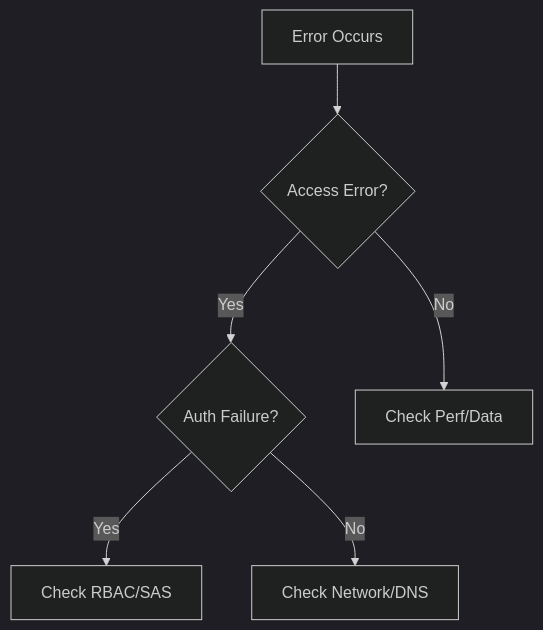
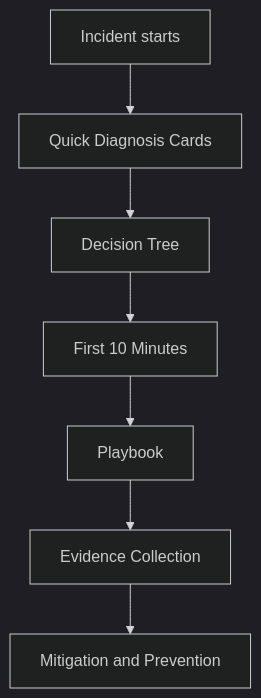
The diagram in docs/troubleshooting/index.md (yeongseon/azure-storage-practical-guide), drawn with Mermaid (dark theme) before and after one commit. The commit also changed other lines of this file and 40 other files, not shown here.

````diff
--- a/docs/troubleshooting/index.md
+++ b/docs/troubleshooting/index.md
@@ -20,8 +5,9 @@
 ```mermaid
-graph TD
-    A[Error Occurs] --> B{Access Error?}
-    B -->|Yes| C{Auth Failure?}
-    B -->|No| D[Check Perf/Data]
-    C -->|Yes| E[Check RBAC/SAS]
-    C -->|No| F[Check Network/DNS]
+flowchart TD
+    A[Incident starts] --> B[Quick Diagnosis Cards]
+    B --> C[Decision Tree]
+    C --> D[First 10 Minutes]
+    D --> E[Playbook]
+    E --> F[Evidence Collection]
+    F --> G[Mitigation and Prevention]
 ```
````
